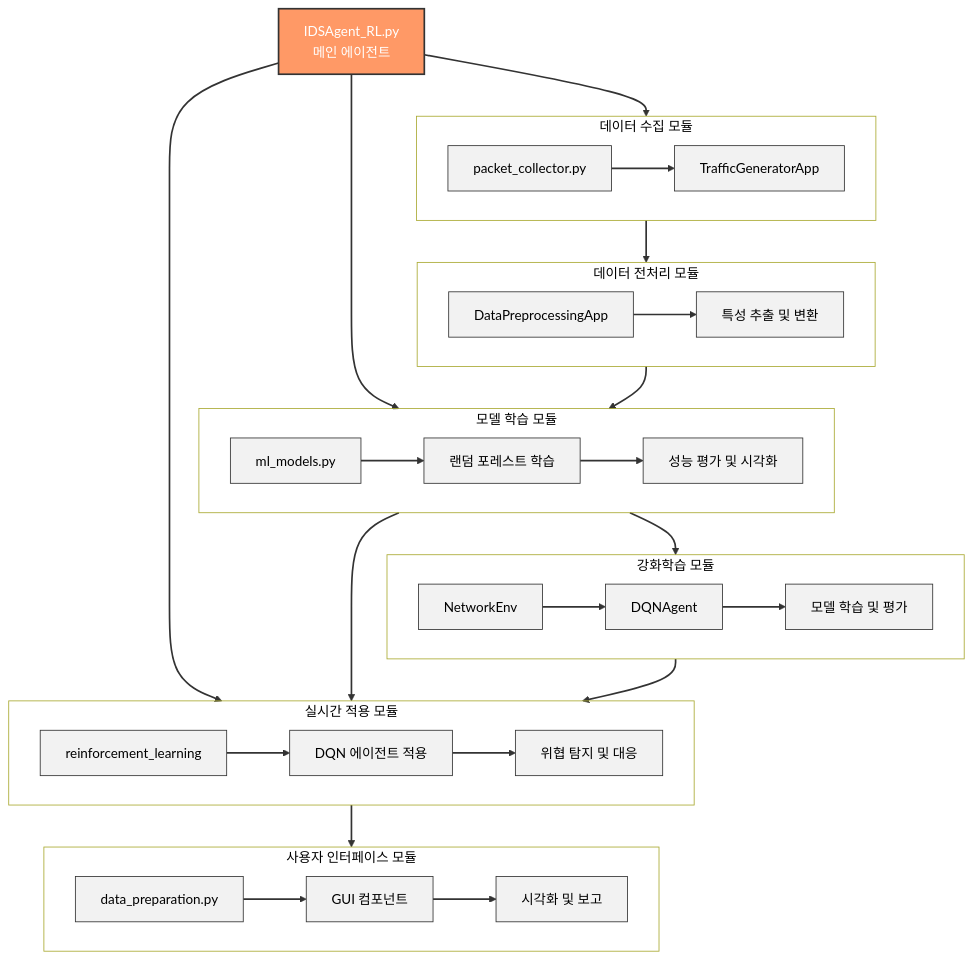
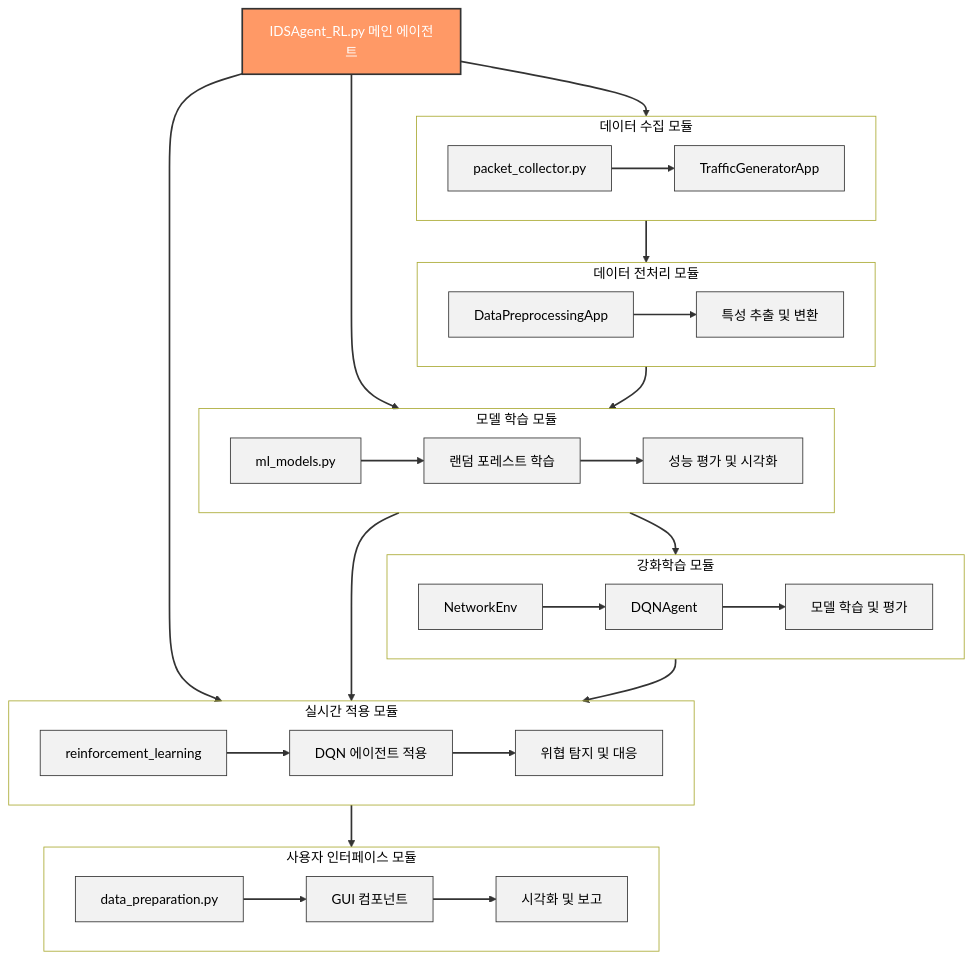
One commit to Es5724/Intrusion_DetectionSystem_AIagent changed the fourth of 4 diagrams in README.md. Above: the diagram before and after it, drawn with Mermaid. The commit also changed other lines of this file, not shown here.

````diff
--- a/README.md
+++ b/README.md
@@ -350,59 +350,59 @@
 ```mermaid
 flowchart TB
-    main[IDSAgent_RL.py\n메인 에이전트]
+    main["IDSAgent_RL.py 메인 에이전트"]
     
     main --> data
     main --> model
     main --> realtime
     
     %% 모듈 배치
-    subgraph data[데이터 수집 모듈]
+    subgraph data["데이터 수집 모듈"]
         direction LR
-        collector[packet_collector.py] --> generator[TrafficGeneratorApp]
+        collector["packet_collector.py"] --> generator["TrafficGeneratorApp"]
     end
     
-    subgraph preprocess[데이터 전처리 모듈]
+    subgraph preprocess["데이터 전처리 모듈"]
         direction LR
-        preprocessing[DataPreprocessingApp] --> features[특성 추출 및 변환]
+        preprocessing["DataPreprocessingApp"] --> features["특성 추출 및 변환"]
     end
     
-    subgraph model[모델 학습 모듈]
+    subgraph model["모델 학습 모듈"]
         direction LR
-        ml[ml_models.py] --> rf[랜덤 포레스트 학습] --> eval[성능 평가 및 시각화]
+        ml["ml_models.py"] --> rf["랜덤 포레스트 학습"] --> eval["성능 평가 및 시각화"]
     end
     
-    subgraph rl[강화학습 모듈]
+    subgraph rl["강화학습 모듈"]
         direction LR
-        env[NetworkEnv] --> agent[DQNAgent] --> train[모델 학습 및 평가]
+        env["NetworkEnv"] --> agent["DQNAgent"] --> train["모델 학습 및 평가"]
     end
     
-    subgraph realtime[실시간 적용 모듈]
+    subgraph realtime["실시간 적용 모듈"]
         direction LR
-        reinforce[reinforcement_learning] --> dqn[DQN 에이전트 적용] --> detect[위협 탐지 및 대응]
+        reinforce["reinforcement_learning"] --> dqn["DQN 에이전트 적용"] --> detect["위협 탐지 및 대응"]
     end
     
-    subgraph ui[사용자 인터페이스 모듈]
+    subgraph ui["사용자 인터페이스 모듈"]
         direction LR
-        prep[data_preparation.py] --> components[GUI 컴포넌트] --> visual[시각화 및 보고]
+        prep["data_preparation.py"] --> components["GUI 컴포넌트"] --> visual["시각화 및 보고"]
     end
     
     %% 모듈 간 연결
     data --> preprocess
     preprocess --> model
     model --> realtime
     model --> rl
     rl --> realtime
     realtime --> ui
     
     %% 스타일 정의
     classDef moduleHeader fill:#f96,stroke:#333,stroke-width:2px,color:white;
     class main moduleHeader
     
     classDef nodeText fill:#f2f2f2,stroke:#333,stroke-width:1px,color:black;
     class collector,generator,preprocessing,features,ml,rf,eval,env,agent,train,reinforce,dqn,detect,prep,components,visual nodeText;
     
     classDef subgraphText fill:transparent,color:black;
     class data,preprocess,model,rl,realtime,ui subgraphText;
     
     linkStyle default stroke:#333,stroke-width:2px;
 ```
````
